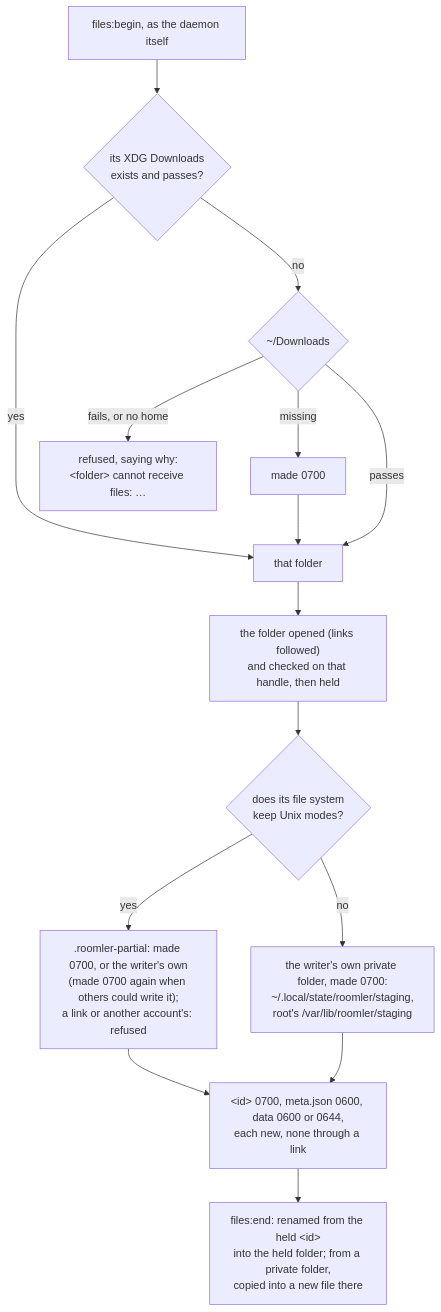
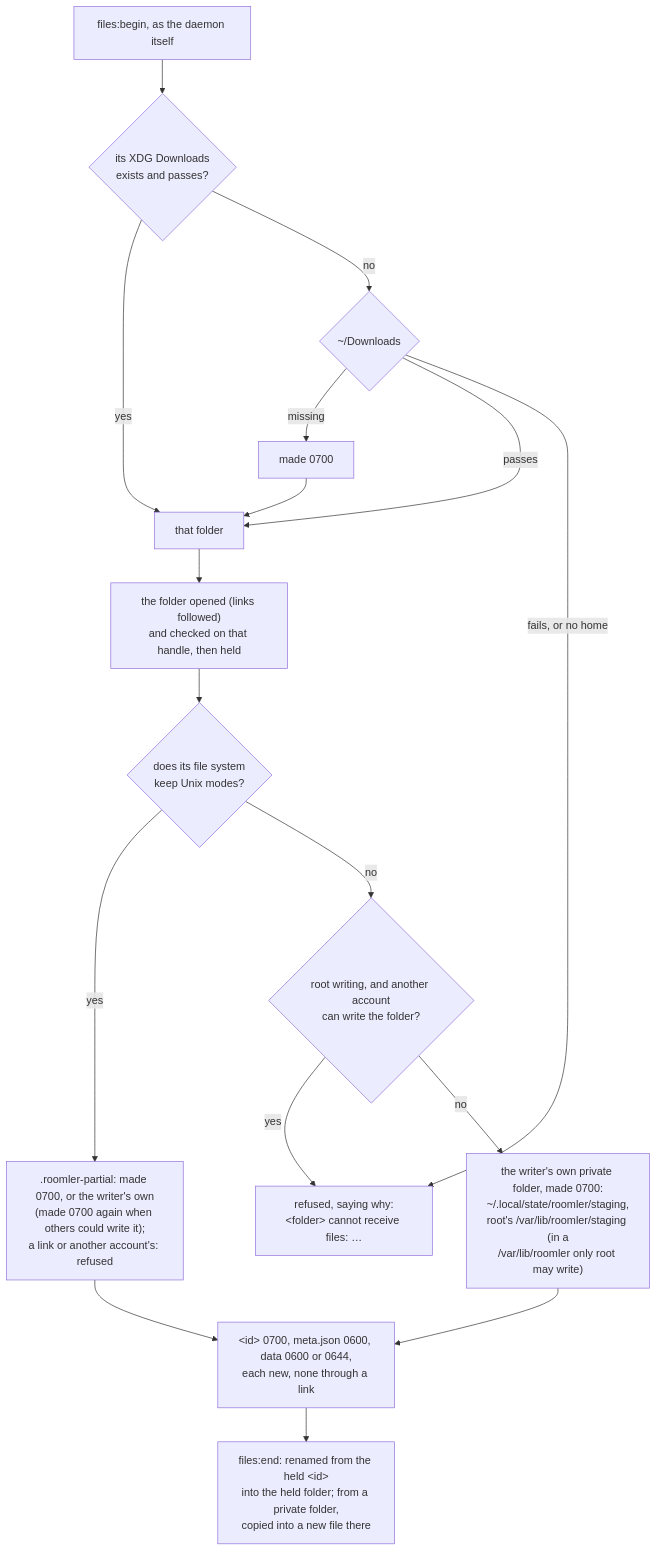
One commit to gjovanov/roomler-ai changed diagram 11 of 19 in docs/desktop-companion.md. Above: the diagram before and after it, drawn with Mermaid. The commit also changed other lines of this file and 3 other files, not shown here.

First line of the commit message:
docs(files): the probe's answer, root's /var/lib/roomler, free space and the sandboxed unit for uploads staged privately

````diff
--- a/docs/desktop-companion.md
+++ b/docs/desktop-companion.md
@@ -825,16 +825,18 @@
 ```mermaid
 flowchart TD
     B["files:begin, as the daemon itself"] --> X{"its XDG Downloads<br/>exists and passes?"}
     X -- "yes" --> T["that folder"]
     X -- "no" --> D{"~/Downloads"}
     D -- "missing" --> M["made 0700"] --> T
     D -- "passes" --> T
     D -- "fails, or no home" --> R["refused, saying why:<br/>&lt;folder&gt; cannot receive files: …"]
     T --> H["the folder opened (links followed)<br/>and checked on that handle, then held"]
     H --> K{"does its file system<br/>keep Unix modes?"}
     K -- "yes" --> S[".roomler-partial: made 0700, or the writer's own<br/>(made 0700 again when others could write it);<br/>a link or another account's: refused"]
-    K -- "no" --> V["the writer's own private folder, made 0700:<br/>~/.local/state/roomler/staging,<br/>root's /var/lib/roomler/staging"]
+    K -- "no" --> Q{"root writing, and another account<br/>can write the folder?"}
+    Q -- "yes" --> R
+    Q -- "no" --> V["the writer's own private folder, made 0700:<br/>~/.local/state/roomler/staging,<br/>root's /var/lib/roomler/staging (in a<br/>/var/lib/roomler only root may write)"]
     S --> P["&lt;id&gt; 0700, meta.json 0600, data 0600 or 0644,<br/>each new, none through a link"]
     V --> P
     P --> E["files:end: renamed from the held &lt;id&gt;<br/>into the held folder; from a private folder,<br/>copied into a new file there"]
 ```
````
